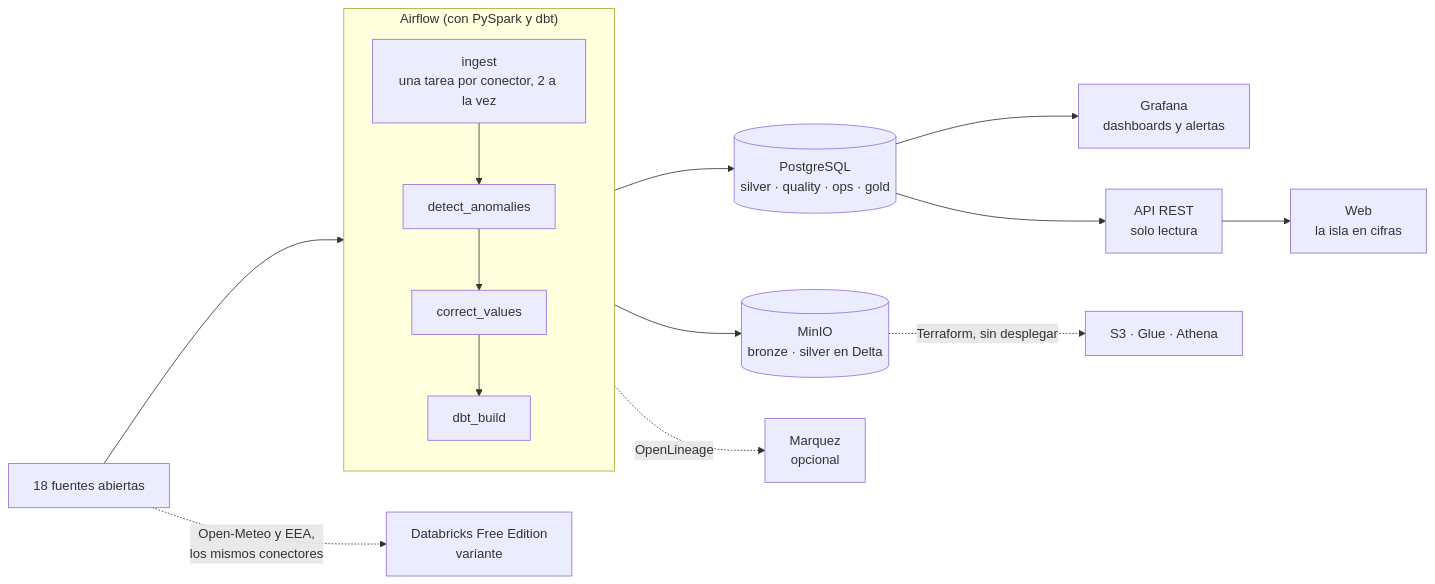
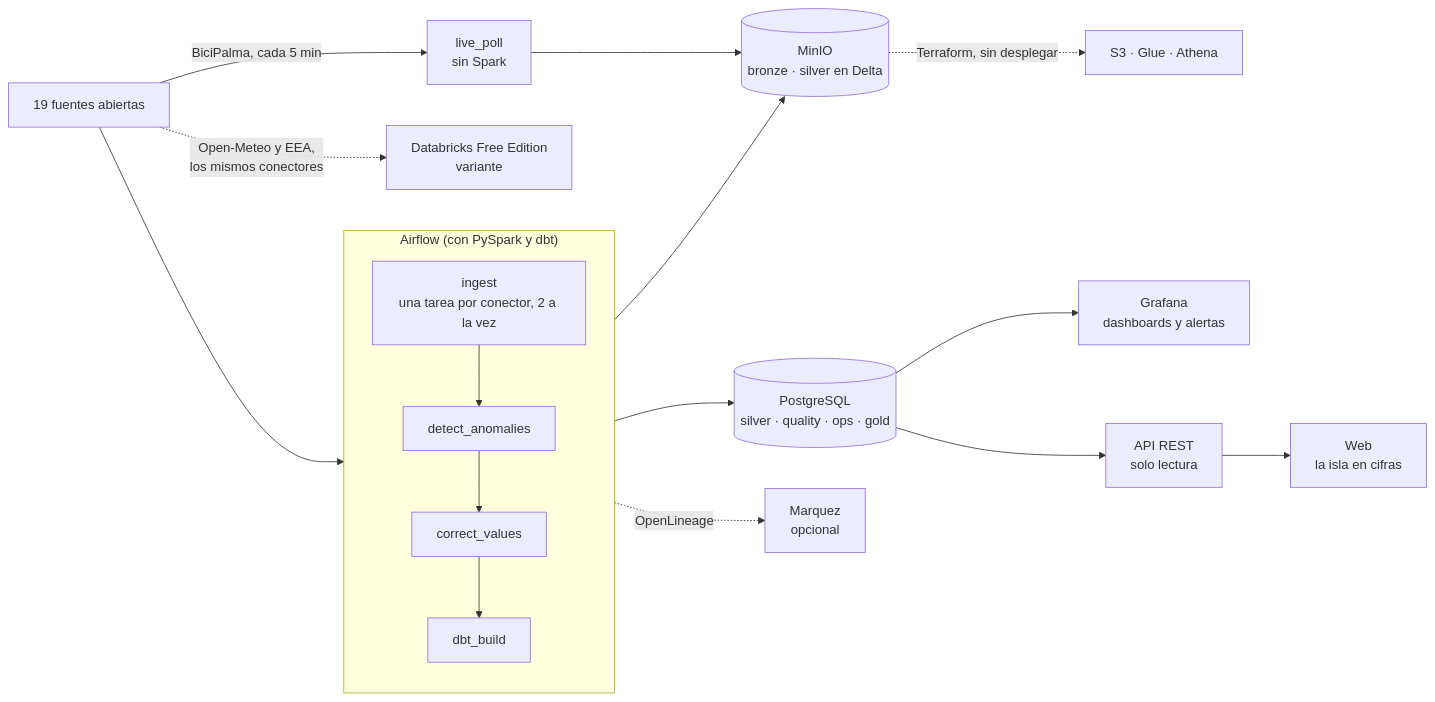
One commit to AlexandreColl/MallorcaDataPlatform changed the first of 2 diagrams in docs/architecture.md. Above: the diagram before and after it, drawn with Mermaid. The commit also changed other lines of this file and 79 other files, not shown here.

Commit message:
✨ feat(connector): add the live bikes of BiciPalma (#183)

````diff
--- a/docs/architecture.md
+++ b/docs/architecture.md
@@ -28,15 +28,16 @@
 ```mermaid
 flowchart LR
-    SRC["18 fuentes abiertas"] --> AF
+    SRC["19 fuentes abiertas"] --> AF
     subgraph AF["Airflow (con PySpark y dbt)"]
         direction TB
         ING["ingest<br/>una tarea por conector, 2 a la vez"] --> DET[detect_anomalies] --> COR[correct_values] --> DBT[dbt_build]
     end
     AF --> MINIO[("MinIO<br/>bronze · silver en Delta")]
+    SRC -->|"BiciPalma, cada 5 min"| POLL["live_poll<br/>sin Spark"] --> MINIO
     AF --> PG[("PostgreSQL<br/>silver · quality · ops · gold")]
     PG --> GF["Grafana<br/>dashboards y alertas"]
     PG --> API["API REST<br/>solo lectura"] --> WEB["Web<br/>la isla en cifras"]
     AF -.->|OpenLineage| MQ["Marquez<br/>opcional"]
     MINIO -.->|"Terraform, sin desplegar"| AWS["S3 · Glue · Athena"]
     SRC -.->|"Open-Meteo y EEA,<br/>los mismos conectores"| DBX["Databricks Free Edition<br/>variante"]
 ```
````
